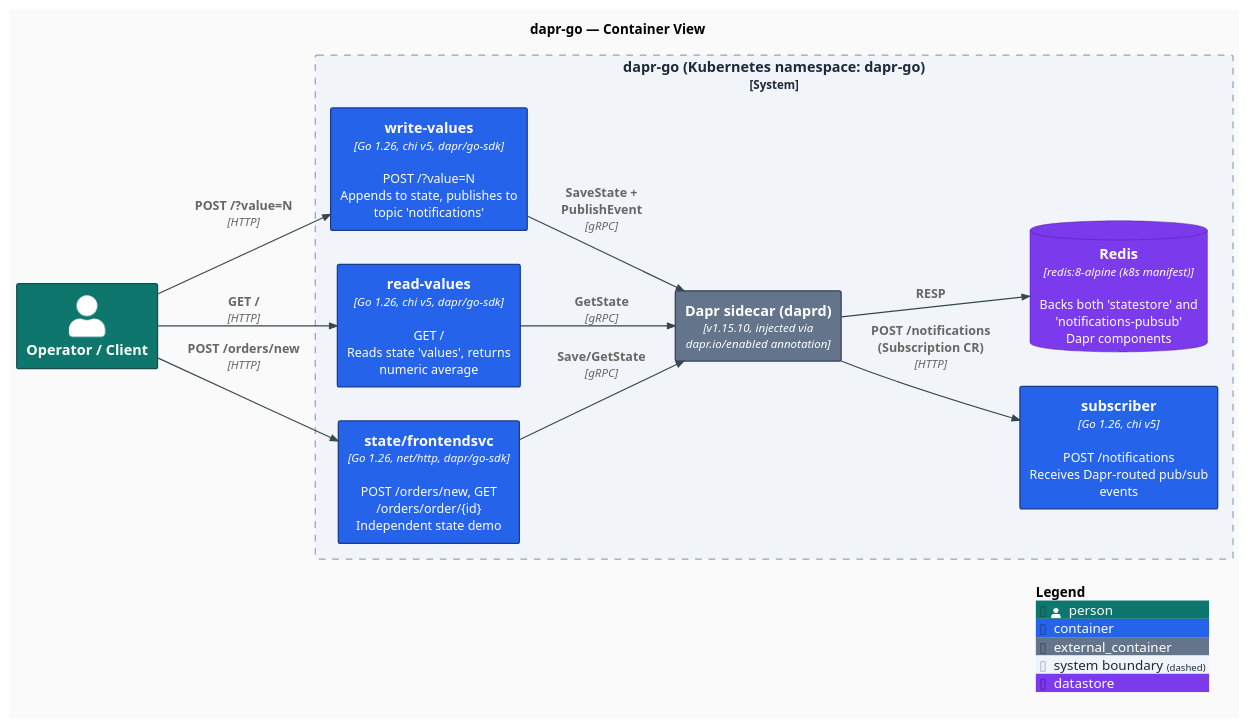
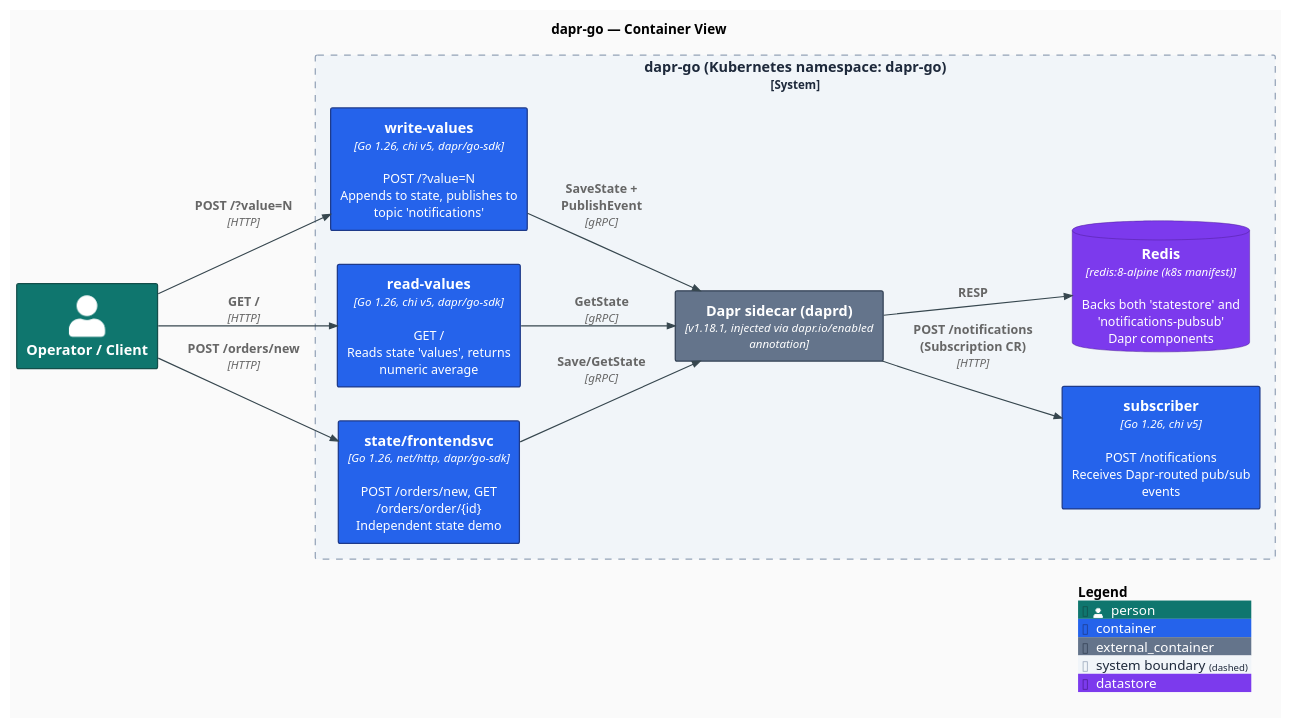
The diagram in docs/diagrams/c4-container.puml (AndriyKalashnykov/dapr-go), drawn with PlantUML before and after one commit. The commit also changed 18 other files, not shown here.

```diff
--- a/docs/diagrams/c4-container.puml
+++ b/docs/diagrams/c4-container.puml
@@ -1,45 +1,45 @@
 @startuml c4-container
 !include https://raw.githubusercontent.com/plantuml-stdlib/C4-PlantUML/v2.11.0/C4_Container.puml
 LAYOUT_LEFT_RIGHT()
 
 skinparam backgroundColor #FAFAFA
 skinparam shadowing false
 skinparam roundCorner 4
 skinparam defaultFontName "Inter, Helvetica, Arial, sans-serif"
 skinparam defaultFontSize 13
 skinparam ArrowColor #37474F
 skinparam ArrowThickness 1.2
 skinparam rectangleBorderThickness 1.3
 
 UpdateElementStyle("person",       $fontColor="#FFFFFF", $bgColor="#0F766E", $borderColor="#134E4A")
 UpdateElementStyle("container",    $fontColor="#FFFFFF", $bgColor="#2563EB", $borderColor="#1E3A8A")
 UpdateElementStyle("external_container", $fontColor="#FFFFFF", $bgColor="#64748B", $borderColor="#334155")
 UpdateBoundaryStyle($bgColor="#F1F5F9", $borderColor="#94A3B8", $fontColor="#1E293B")
 AddElementTag("datastore", $fontColor="#FFFFFF", $bgColor="#7C3AED", $borderColor="#4C1D95")
 
 title dapr-go — Container View
 
 Person(user, "Operator / Client")
 
 System_Boundary(dapr_go, "dapr-go (Kubernetes namespace: dapr-go)") {
   Container(write_values, "write-values", "Go 1.26, chi v5, dapr/go-sdk", "POST /?value=N\nAppends to state, publishes to topic 'notifications'")
   Container(read_values,  "read-values",  "Go 1.26, chi v5, dapr/go-sdk", "GET /\nReads state 'values', returns numeric average")
   Container(subscriber,   "subscriber",   "Go 1.26, chi v5",              "POST /notifications\nReceives Dapr-routed pub/sub events")
   Container(frontendsvc,  "state/frontendsvc", "Go 1.26, net/http, dapr/go-sdk", "POST /orders/new, GET /orders/order/{id}\nIndependent state demo")
 
-  Container_Ext(dapr_sidecar, "Dapr sidecar (daprd)", "v1.15.10, injected via dapr.io/enabled annotation")
+  Container_Ext(dapr_sidecar, "Dapr sidecar (daprd)", "v1.18.1, injected via dapr.io/enabled annotation")
   ContainerDb(redis, "Redis", "redis:8-alpine (k8s manifest)", "Backs both 'statestore' and 'notifications-pubsub'\nDapr components", $tags="datastore")
 }
 
 Rel(user, write_values, "POST /?value=N", "HTTP")
 Rel(user, read_values,  "GET /",          "HTTP")
 Rel(user, frontendsvc,  "POST /orders/new", "HTTP")
 
 Rel(write_values, dapr_sidecar, "SaveState + PublishEvent", "gRPC")
 Rel(read_values,  dapr_sidecar, "GetState",                 "gRPC")
 Rel(frontendsvc,  dapr_sidecar, "Save/GetState",            "gRPC")
 Rel(dapr_sidecar, subscriber,   "POST /notifications (Subscription CR)", "HTTP")
 Rel(dapr_sidecar, redis,        "RESP")
 
 SHOW_LEGEND()
 @enduml
```
